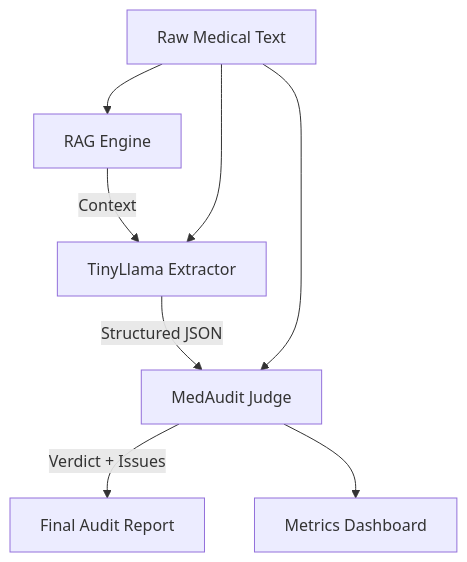
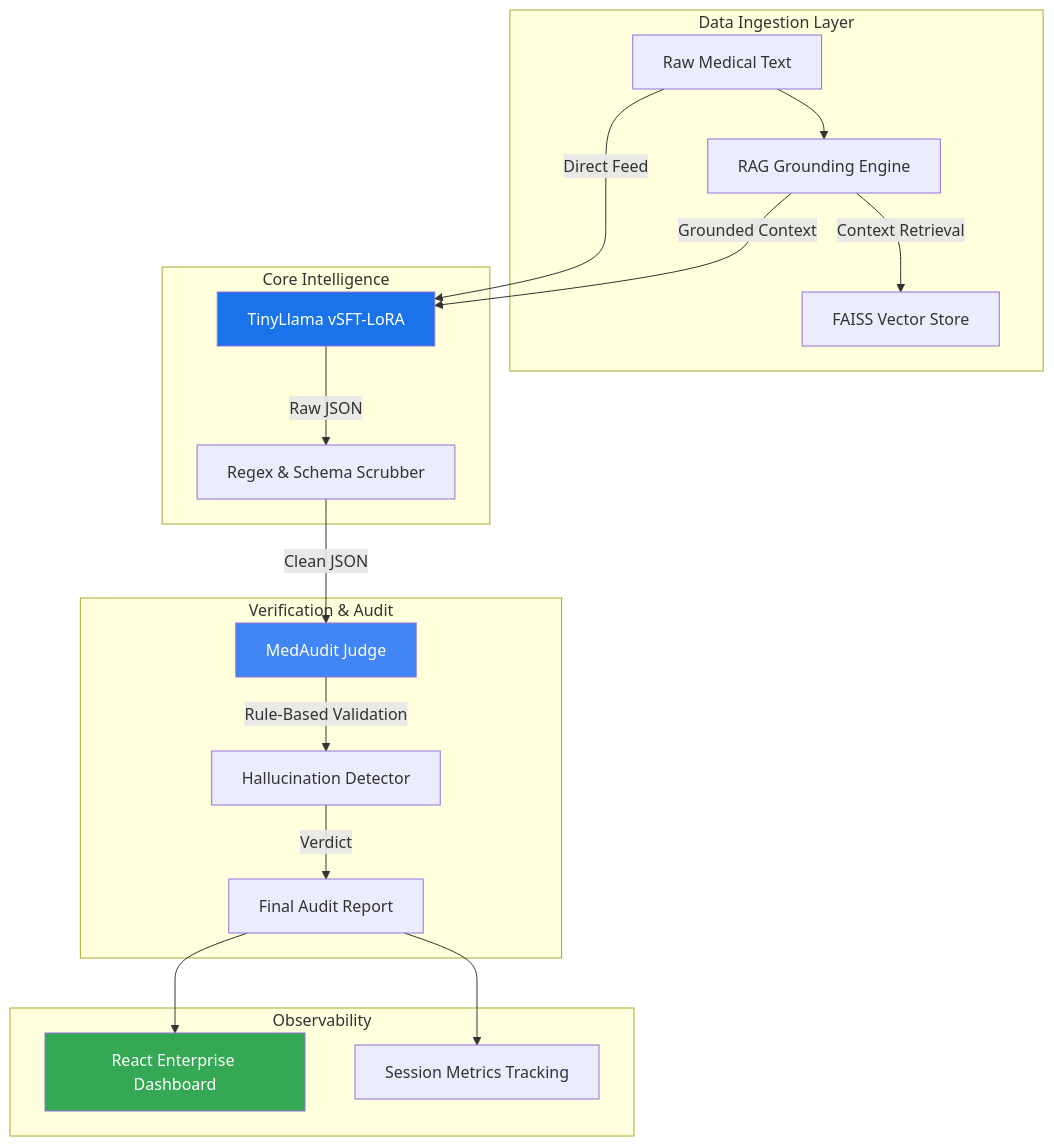
One commit to BhaveshMakhija/StructTune-AI changed the diagram in README.md. Above: the diagram before and after it, drawn with Mermaid. The commit also changed other lines of this file and 10 other files, not shown here.

Commit message:
feat: implement core inference pipeline, observability metrics, and frontend dashboard

````diff
--- a/README.md
+++ b/README.md
@@ -7,10 +34,28 @@
 ```mermaid
 graph TD
-    A[Raw Medical Text] --> B[RAG Engine]
-    B -->|Context| C[TinyLlama Extractor]
-    A --> C
-    C -->|Structured JSON| D[MedAudit Judge]
-    A --> D
-    D -->|Verdict + Issues| E[Final Audit Report]
-    D --> F[Metrics Dashboard]
+    subgraph "Data Ingestion Layer"
+        A[Raw Medical Text] --> B[RAG Grounding Engine]
+        B -->|Context Retrieval| C[FAISS Vector Store]
+    end
+
+    subgraph "Core Intelligence"
+        B -- Grounded Context --> D[TinyLlama vSFT-LoRA]
+        A -- Direct Feed --> D
+        D -->|Raw JSON| E[Regex & Schema Scrubber]
+    end
+
+    subgraph "Verification & Audit"
+        E -->|Clean JSON| F[MedAudit Judge]
+        F -->|Rule-Based Validation| G[Hallucination Detector]
+        G -->|Verdict| H[Final Audit Report]
+    end
+
+    subgraph "Observability"
+        H --> I[React Enterprise Dashboard]
+        H --> J[Session Metrics Tracking]
+    end
+
+    style D fill:#1a73e8,color:#fff
+    style F fill:#4285f4,color:#fff
+    style I fill:#34a853,color:#fff
 ```
````
